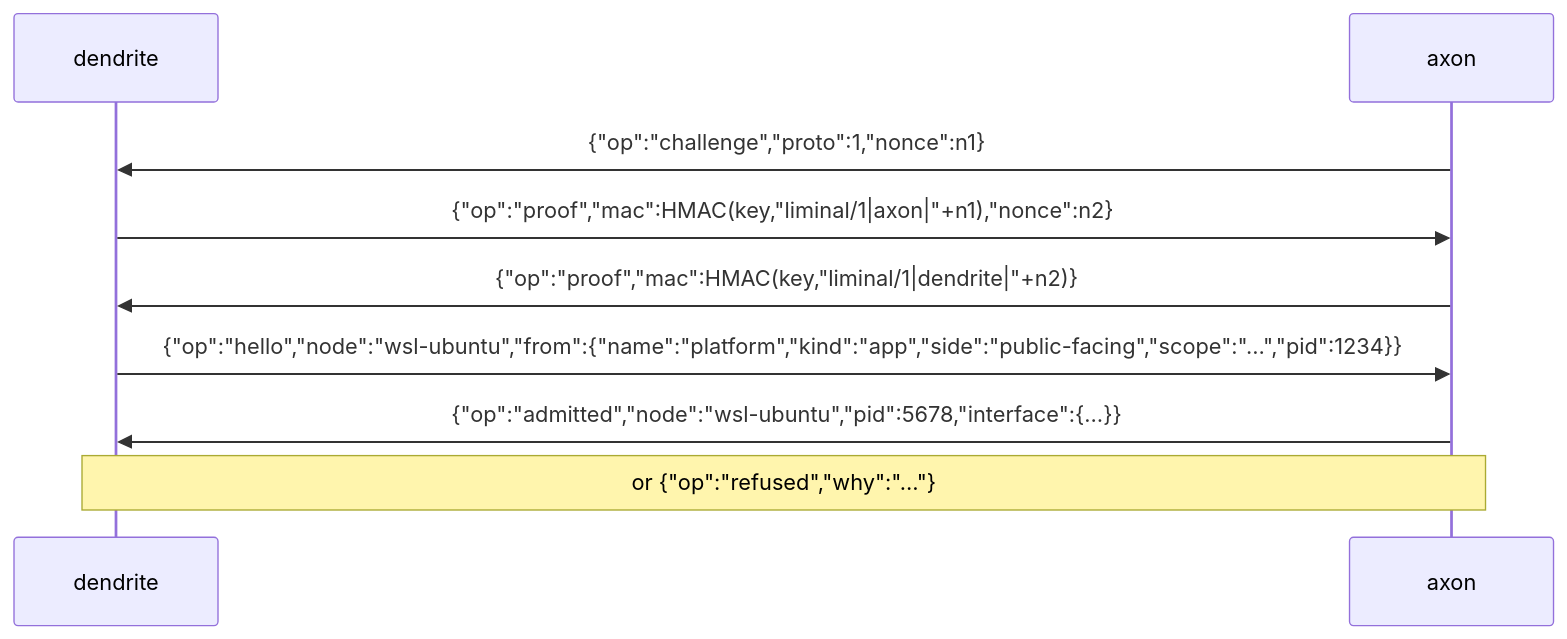
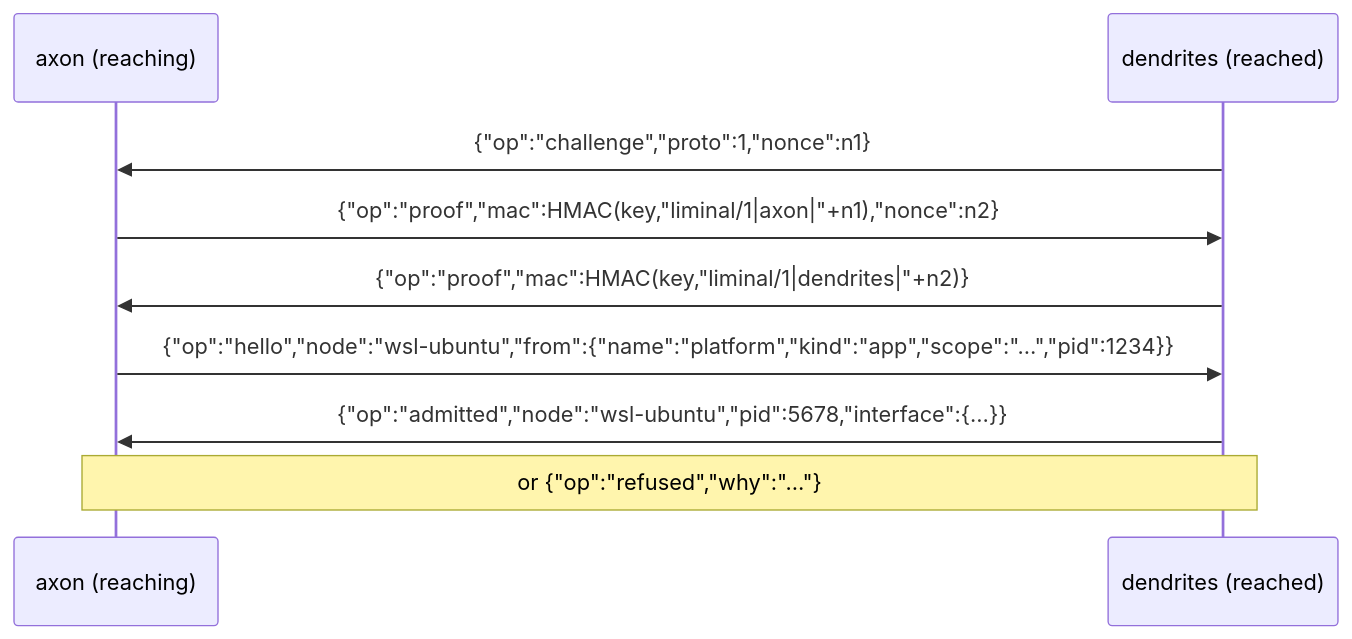
The fourth of 5 diagrams in docs/NETWORK.md (pcxmac-dev/liminal-libs), drawn with Mermaid before and after one commit. The commit also changed other lines of this file, not shown here.

````diff
--- a/docs/NETWORK.md
+++ b/docs/NETWORK.md
@@ -394,11 +440,11 @@
 ```mermaid
 sequenceDiagram
-  participant D as dendrite
-  participant A as axon
-  A->>D: {"op":"challenge","proto":1,"nonce":n1}
-  D->>A: {"op":"proof","mac":HMAC(key,"liminal/1|axon|"+n1),"nonce":n2}
-  A->>D: {"op":"proof","mac":HMAC(key,"liminal/1|dendrite|"+n2)}
-  D->>A: {"op":"hello","node":"wsl-ubuntu","from":{"name":"platform","kind":"app","side":"public-facing","scope":"…","pid":1234}}
-  A->>D: {"op":"admitted","node":"wsl-ubuntu","pid":5678,"interface":{…}}
-  Note over A,D: or {"op":"refused","why":"…"}
+  participant X as axon (reaching)
+  participant D as dendrites (reached)
+  D->>X: {"op":"challenge","proto":1,"nonce":n1}
+  X->>D: {"op":"proof","mac":HMAC(key,"liminal/1|axon|"+n1),"nonce":n2}
+  D->>X: {"op":"proof","mac":HMAC(key,"liminal/1|dendrites|"+n2)}
+  X->>D: {"op":"hello","node":"wsl-ubuntu","from":{"name":"platform","kind":"app","scope":"…","pid":1234}}
+  D->>X: {"op":"admitted","node":"wsl-ubuntu","pid":5678,"interface":{…}}
+  Note over X,D: or {"op":"refused","why":"…"}
 ```
````
